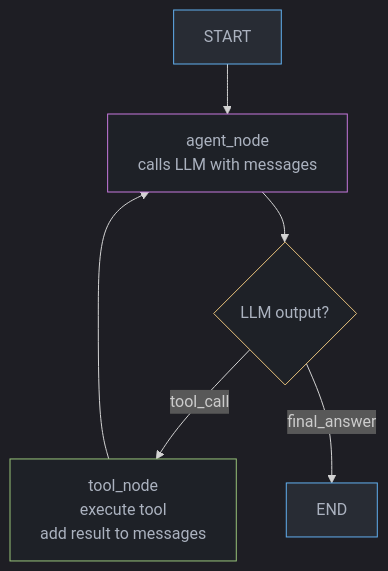
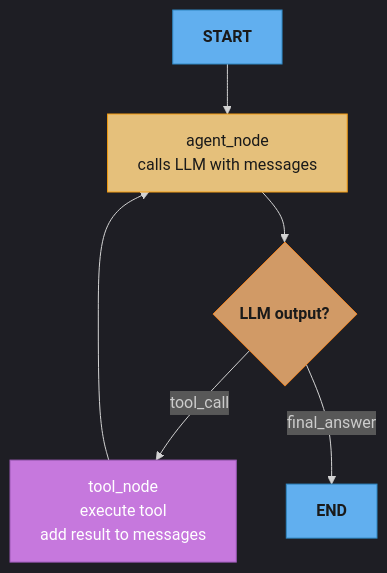
Before and after one commit to rppol/system-design: the diagram in src/main/java/com/rutik/systemdesign/llm/agentic_frameworks/README.md, drawn with Mermaid. The commit also changed 88 other files, not shown here.

````diff
--- a/src/main/java/com/rutik/systemdesign/llm/agentic_frameworks/README.md
+++ b/src/main/java/com/rutik/systemdesign/llm/agentic_frameworks/README.md
@@ -326,23 +326,26 @@
 ```mermaid
 %%{init: {'flowchart': {'curve': 'basis'}, 'theme': 'dark'}}%%
 flowchart TD
-    classDef io     fill:#282c34,stroke:#61afef,color:#abb2bf
-    classDef llm    fill:#1e2127,stroke:#c678dd,color:#abb2bf
-    classDef proc   fill:#1e2127,stroke:#98c379,color:#abb2bf
-    classDef decide fill:#1e2127,stroke:#e5c07b,color:#abb2bf
+    classDef io      fill:#61afef,stroke:#2e86c1,color:#1a1a1a,font-weight:bold
+    classDef frozen  fill:#c678dd,stroke:#9b59b6,color:#fff
+    classDef train   fill:#98c379,stroke:#27ae60,color:#1a1a1a
+    classDef mathOp  fill:#d19a66,stroke:#e67e22,color:#1a1a1a,font-weight:bold
+    classDef lossN   fill:#e06c75,stroke:#c0392b,color:#fff,font-weight:bold
+    classDef req     fill:#56b6c2,stroke:#0097a7,color:#1a1a1a
+    classDef base    fill:#e5c07b,stroke:#f39c12,color:#1a1a1a
 
     S["START"]
     AGENT["agent_node\ncalls LLM with messages"]
     DEC{"LLM output?"}
     TOOL["tool_node\nexecute tool\nadd result to messages"]
     END["END"]
 
     S --> AGENT --> DEC
     DEC -->|"tool_call"| TOOL --> AGENT
     DEC -->|"final_answer"| END
 
     class S,END io
-    class AGENT llm
-    class TOOL proc
-    class DEC decide
+    class AGENT base
+    class TOOL frozen
+    class DEC mathOp
 ```
````
